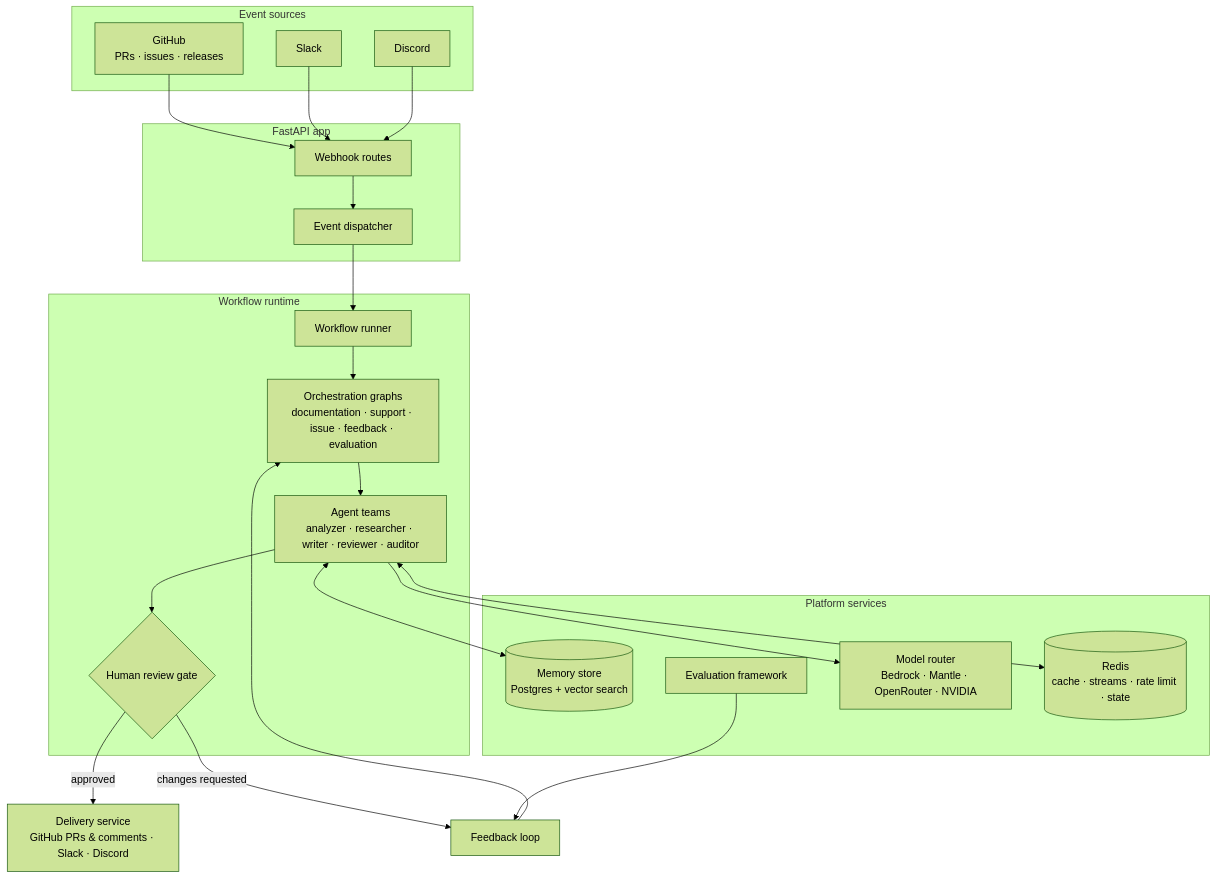
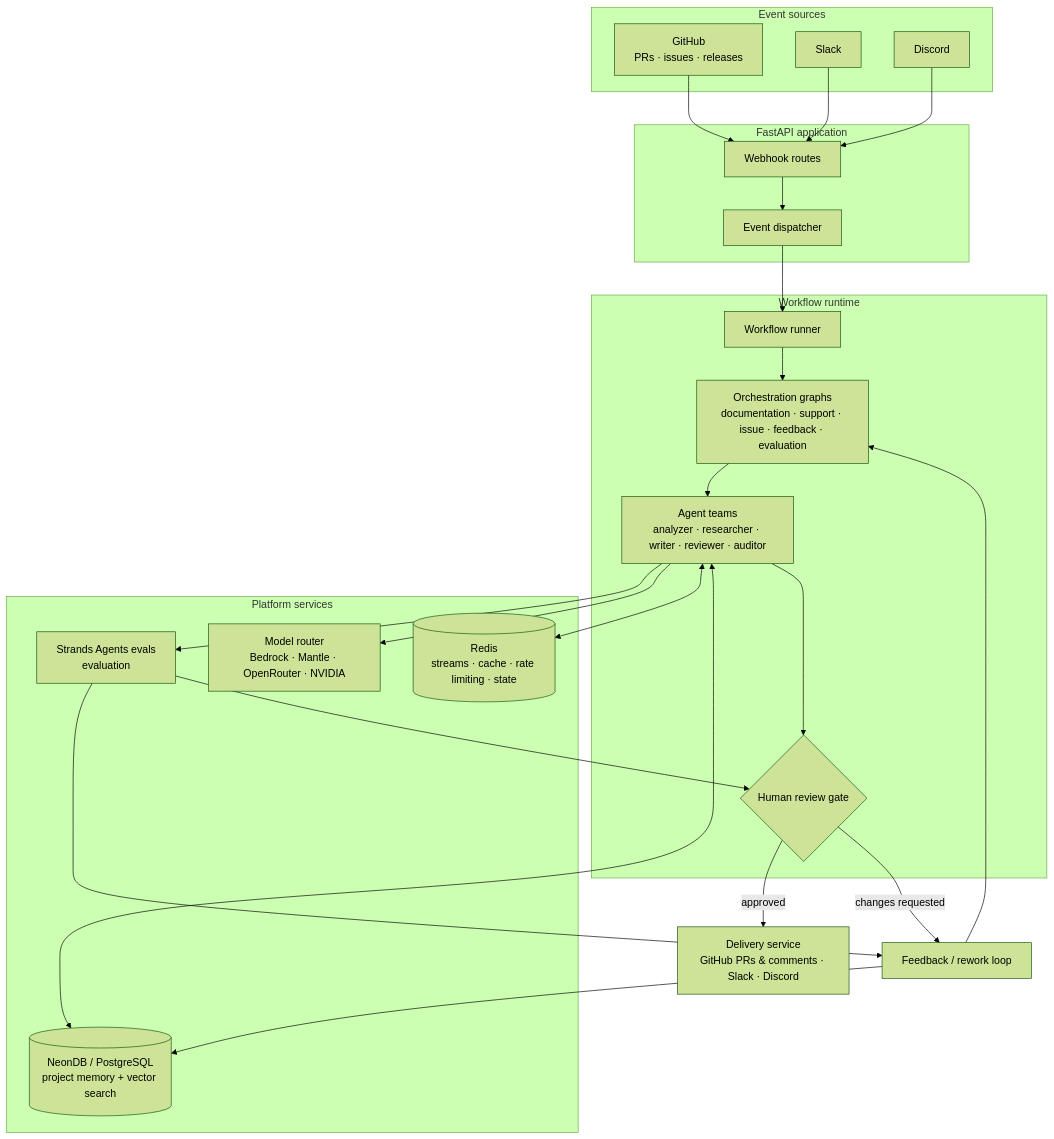
Before and after one commit to TheGreatBonnie/draftly-agent-backend: the diagram in README.md, drawn with Mermaid (forest theme). The commit also changed other lines of this file and 36 other files, not shown here.

````diff
--- a/README.md
+++ b/README.md
@@ -20,37 +156,50 @@
 ```mermaid
 flowchart TD
     subgraph sources["Event sources"]
         GH["GitHub<br/>PRs · issues · releases"]
         SL["Slack"]
         DC["Discord"]
     end
 
-    subgraph api["FastAPI app"]
+    subgraph api["FastAPI application"]
         WH["Webhook routes"] --> DISP["Event dispatcher"]
     end
 
     subgraph runtime["Workflow runtime"]
-        RUN["Workflow runner"] --> GRAPH["Orchestration graphs<br/>documentation · support · issue · feedback · evaluation"]
-        GRAPH --> AGENTS["Agent teams<br/>analyzer · researcher · writer · reviewer · auditor"]
-        AGENTS --> GATE{"Human review gate"}
+        RUN["Workflow runner"]
+        GRAPH["Orchestration graphs<br/>documentation · support · issue · feedback · evaluation"]
+        AGENTS["Agent teams<br/>analyzer · researcher · writer · reviewer · auditor"]
+        GATE{"Human review gate"}
+
+        RUN --> GRAPH
+        GRAPH --> AGENTS
+        AGENTS --> GATE
     end
 
     subgraph platform["Platform services"]
-        MEM[("Memory store<br/>Postgres + vector search")]
-        EVAL["Evaluation framework"]
+        MEM[("NeonDB / PostgreSQL<br/>project memory + vector search")]
+        EVAL["Strands Agents evals<br/>evaluation"]
         MODELS["Model router<br/>Bedrock · Mantle · OpenRouter · NVIDIA"]
-        REDIS[("Redis<br/>cache · streams · rate limit · state")]
+        REDIS[("Redis<br/>streams · cache · rate limiting · state")]
     end
 
     GH --> WH
     SL --> WH
     DC --> WH
+
     DISP --> RUN
+
     AGENTS <--> MEM
     AGENTS --> MODELS
     AGENTS <--> REDIS
+
+    AGENTS --> EVAL
+    EVAL --> GATE
+
     GATE -- "approved" --> DELIVER["Delivery service<br/>GitHub PRs & comments · Slack · Discord"]
-    GATE -- "changes requested" --> FEEDBACK["Feedback loop"]
+    GATE -- "changes requested" --> FEEDBACK["Feedback / rework loop"]
+
     EVAL --> FEEDBACK
     FEEDBACK --> GRAPH
+    FEEDBACK --> MEM
 ```
````
